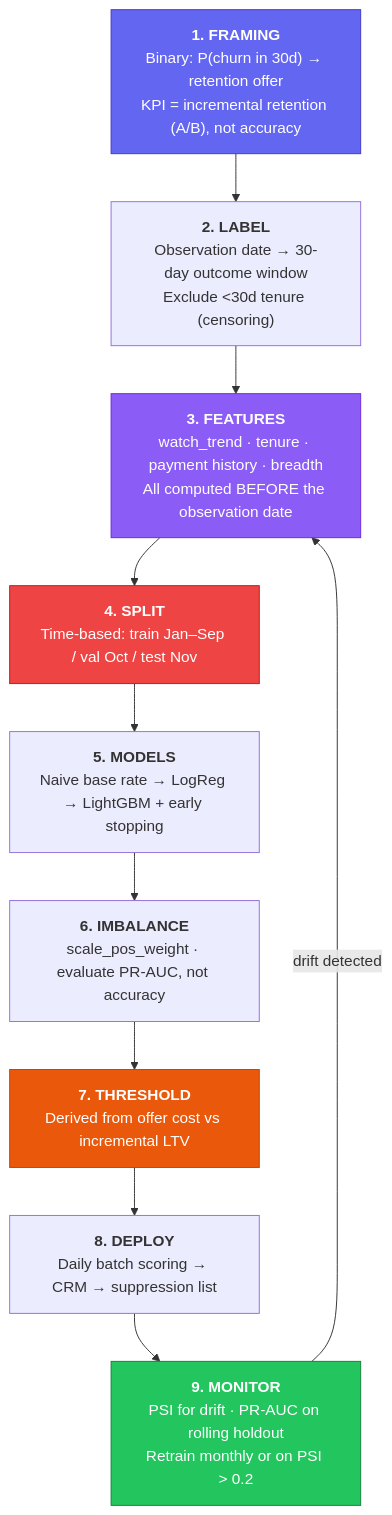
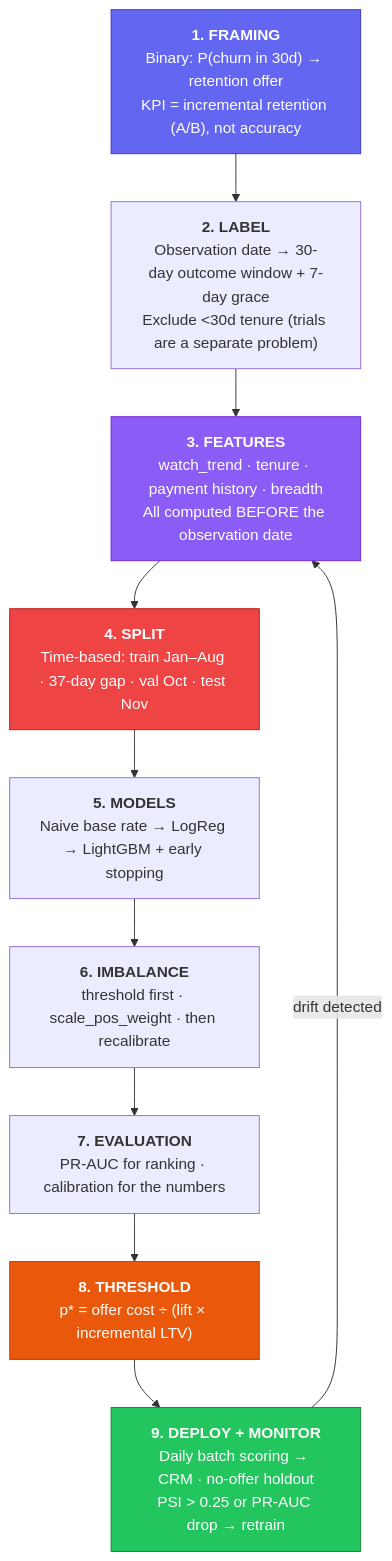
The fifth of 5 diagrams in content/10_supervised_learning.md (Hmago/ml4), drawn with Mermaid before and after one commit. The commit also changed other lines of this file and 165 other files, not shown here.

````diff
--- a/content/10_supervised_learning.md
+++ b/content/10_supervised_learning.md
@@ -2280,21 +3744,21 @@
 ```mermaid
 flowchart TD
     F["<b>1. FRAMING</b><br/>Binary: P(churn in 30d) → retention offer<br/>KPI = incremental retention (A/B), not accuracy"]
-    L["<b>2. LABEL</b><br/>Observation date → 30-day outcome window<br/>Exclude &lt;30d tenure (censoring)"]
+    L["<b>2. LABEL</b><br/>Observation date → 30-day outcome window + 7-day grace<br/>Exclude &lt;30d tenure (trials are a separate problem)"]
     X["<b>3. FEATURES</b><br/>watch_trend · tenure · payment history · breadth<br/>All computed BEFORE the observation date"]
-    S["<b>4. SPLIT</b><br/>Time-based: train Jan–Sep / val Oct / test Nov"]
+    S["<b>4. SPLIT</b><br/>Time-based: train Jan–Aug · 37-day gap · val Oct · test Nov"]
     M["<b>5. MODELS</b><br/>Naive base rate → LogReg → LightGBM + early stopping"]
-    I["<b>6. IMBALANCE</b><br/>scale_pos_weight · evaluate PR-AUC, not accuracy"]
-    T["<b>7. THRESHOLD</b><br/>Derived from offer cost vs incremental LTV"]
-    D["<b>8. DEPLOY</b><br/>Daily batch scoring → CRM → suppression list"]
-    MO["<b>9. MONITOR</b><br/>PSI for drift · PR-AUC on rolling holdout<br/>Retrain monthly or on PSI &gt; 0.2"]
+    I["<b>6. IMBALANCE</b><br/>threshold first · scale_pos_weight · then recalibrate"]
+    E["<b>7. EVALUATION</b><br/>PR-AUC for ranking · calibration for the numbers"]
+    T["<b>8. THRESHOLD</b><br/>p* = offer cost ÷ (lift × incremental LTV)"]
+    D["<b>9. DEPLOY + MONITOR</b><br/>Daily batch scoring → CRM · no-offer holdout<br/>PSI &gt; 0.25 or PR-AUC drop → retrain"]
 
-    F --> L --> X --> S --> M --> I --> T --> D --> MO
-    MO -->|"drift detected"| X
+    F --> L --> X --> S --> M --> I --> E --> T --> D
+    D -->|"drift detected"| X
 
     style F fill:#6366f1,color:#fff,stroke:#4338ca
     style X fill:#8b5cf6,color:#fff,stroke:#6d28d9
     style S fill:#ef4444,color:#fff,stroke:#b91c1c
     style T fill:#ea580c,color:#fff,stroke:#c2410c
-    style MO fill:#22c55e,color:#fff,stroke:#15803d
+    style D fill:#22c55e,color:#fff,stroke:#15803d
 ```
````
